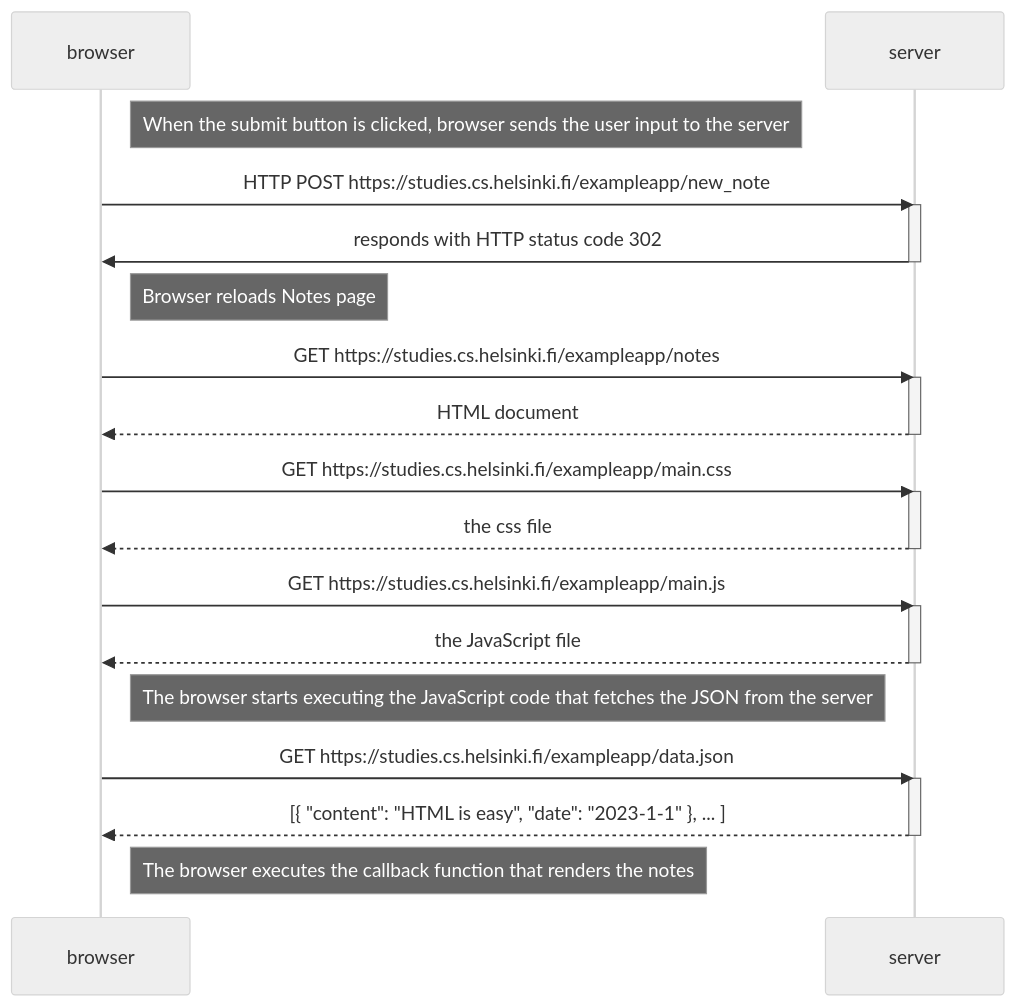
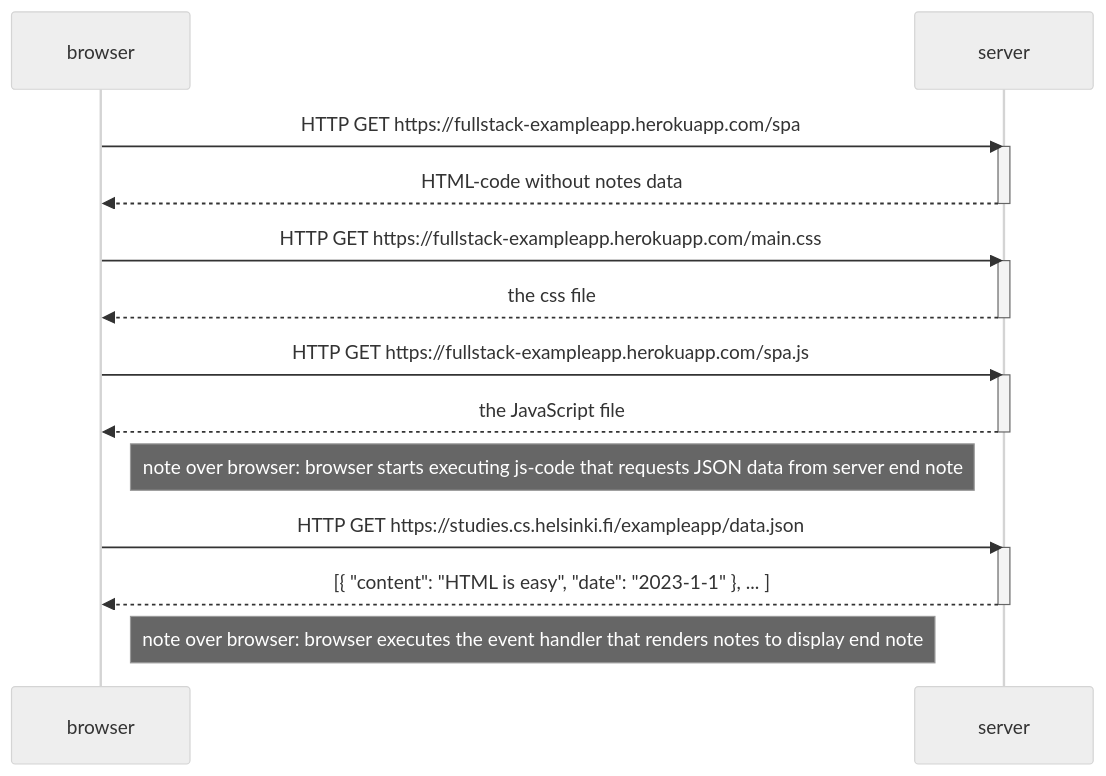
The diagram in part0/0.5.md (Auksely/fullStackOpen), drawn with Mermaid (neutral theme) before and after one commit.

````diff
--- a/part0/0.5.md
+++ b/part0/0.5.md
@@ -1,38 +1,30 @@
 ```mermaid
 sequenceDiagram
     participant browser
     participant server
-
-    Note right of browser: When the submit button is clicked, browser sends the user input to the server
-
-    browser->>server: HTTP POST https://studies.cs.helsinki.fi/exampleapp/new_note
+    
+    browser->>server: HTTP GET https://fullstack-exampleapp.herokuapp.com/spa
     activate server
-    server->>browser: responds with HTTP status code 302
-    deactivate server
-    Note right of browser: Browser reloads Notes page
-
-    browser->>server: GET https://studies.cs.helsinki.fi/exampleapp/notes
-    activate server
-    server-->>browser: HTML document
+    server-->>browser: HTML-code without notes data
     deactivate server
 
-    browser->>server: GET https://studies.cs.helsinki.fi/exampleapp/main.css
+    browser->>server: HTTP GET https://fullstack-exampleapp.herokuapp.com/main.css
     activate server
     server-->>browser: the css file
     deactivate server
 
-    browser->>server: GET https://studies.cs.helsinki.fi/exampleapp/main.js
+    browser->>server: HTTP GET https://fullstack-exampleapp.herokuapp.com/spa.js
     activate server
     server-->>browser: the JavaScript file
     deactivate server
 
-    Note right of browser: The browser starts executing the JavaScript code that fetches the JSON from the server
+    Note right of browser: note over browser: browser starts executing js-code that requests JSON data from server end note
 
-    browser->>server: GET https://studies.cs.helsinki.fi/exampleapp/data.json
+    browser->>server: HTTP GET https://studies.cs.helsinki.fi/exampleapp/data.json
     activate server
     server-->>browser: [{ "content": "HTML is easy", "date": "2023-1-1" }, ... ]
     deactivate server
 
-    Note right of browser: The browser executes the callback function that renders the notes
+    Note right of browser: note over browser: browser executes the event handler that renders notes to display end note
     
 ```
````
